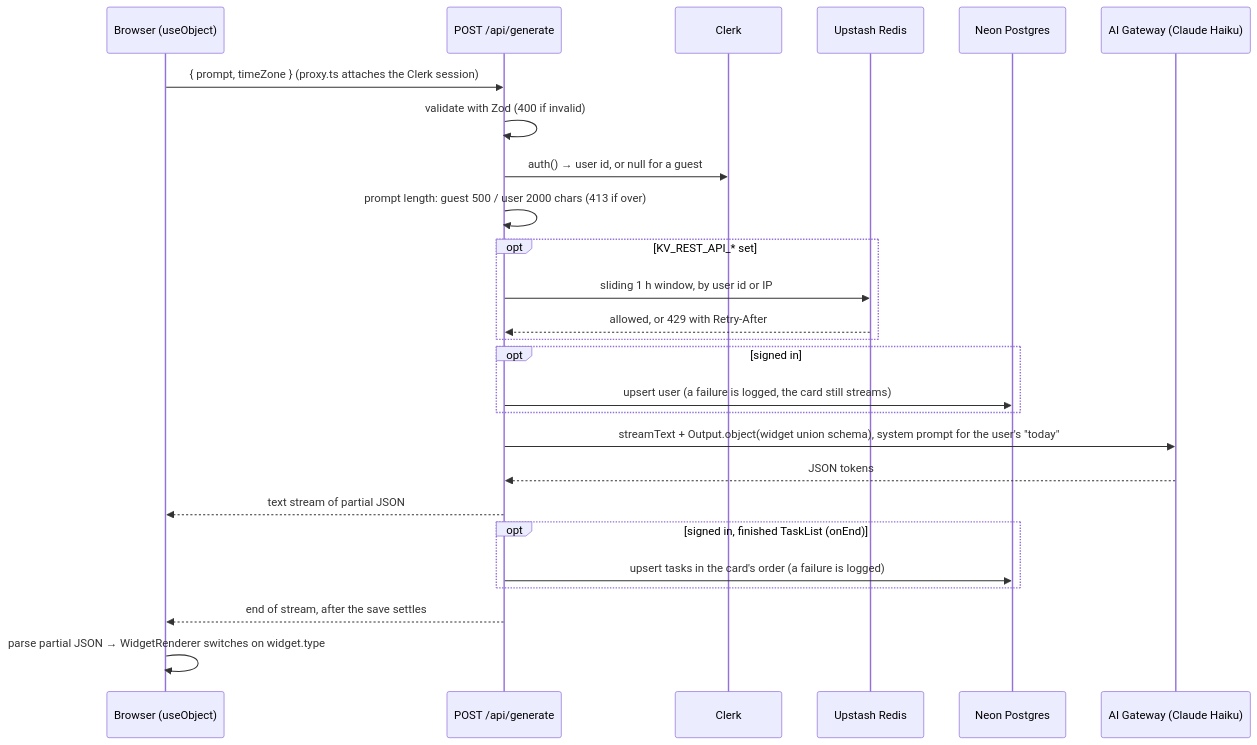
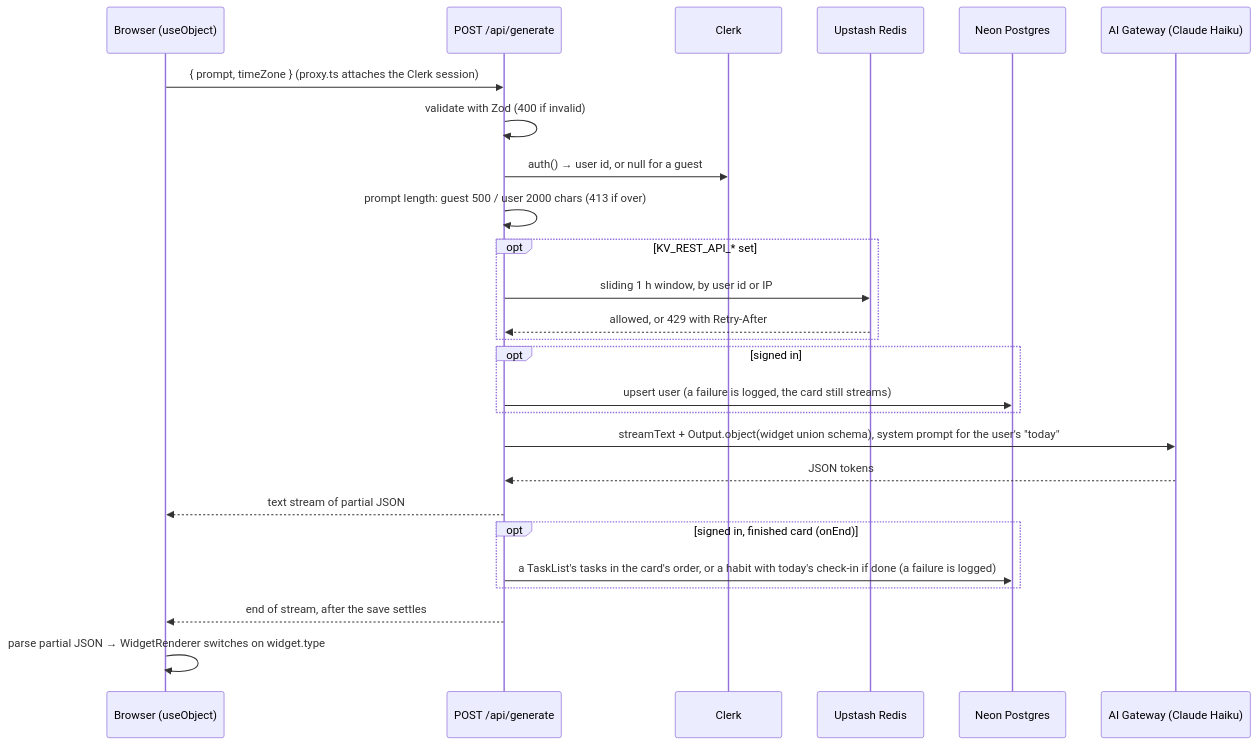
The first of 3 diagrams in README.md (toksana/morph-flow), drawn with Mermaid before and after one commit. The commit also changed other lines of this file, not shown here.

````diff
--- a/README.md
+++ b/README.md
@@ -40,29 +41,29 @@
 ```mermaid
 sequenceDiagram
   participant UI as Browser (useObject)
   participant API as POST /api/generate
   participant Clerk
   participant RL as Upstash Redis
   participant DB as Neon Postgres
   participant LLM as AI Gateway (Claude Haiku)
 
   UI->>API: { prompt, timeZone } (proxy.ts attaches the Clerk session)
   API->>API: validate with Zod (400 if invalid)
   API->>Clerk: auth() → user id, or null for a guest
   API->>API: prompt length: guest 500 / user 2000 chars (413 if over)
   opt KV_REST_API_* set
     API->>RL: sliding 1 h window, by user id or IP
     RL-->>API: allowed, or 429 with Retry-After
   end
   opt signed in
     API->>DB: upsert user (a failure is logged, the card still streams)
   end
   API->>LLM: streamText + Output.object(widget union schema), system prompt for the user's "today"
   LLM-->>API: JSON tokens
   API-->>UI: text stream of partial JSON
-  opt signed in, finished TaskList (onEnd)
-    API->>DB: upsert tasks in the card's order (a failure is logged)
+  opt signed in, finished card (onEnd)
+    API->>DB: a TaskList's tasks in the card's order, or a habit with today's check-in if done (a failure is logged)
   end
   API-->>UI: end of stream, after the save settles
   UI->>UI: parse partial JSON → WidgetRenderer switches on widget.type
 ```
````
